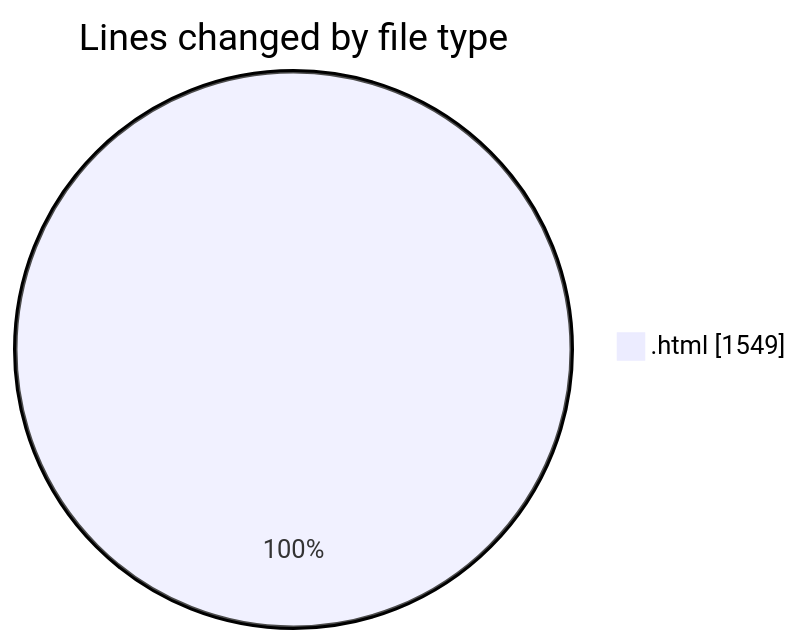
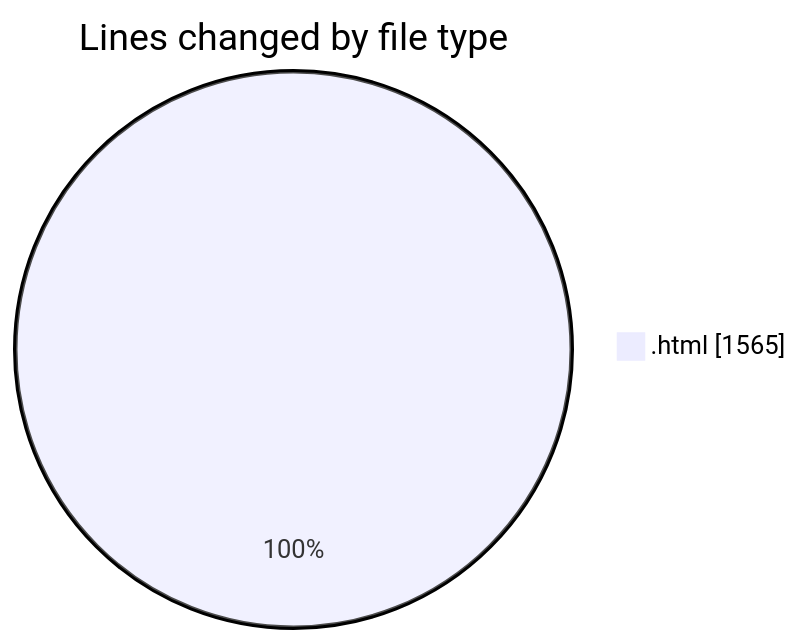
Before and after one commit to Ritupan-Deka/code-tracking: the first of 2 diagrams in 2025-05-21/filetransfer/README.md, drawn with Mermaid. The commit also changed other lines of this file and 1 other file, not shown here.

````diff
--- a/2025-05-21/filetransfer/README.md
+++ b/2025-05-21/filetransfer/README.md
@@ -22,5 +22,5 @@
 ```mermaid
 pie showData
 title Lines changed by file type
-".html" : 1549
+".html" : 1565
 ```
````
